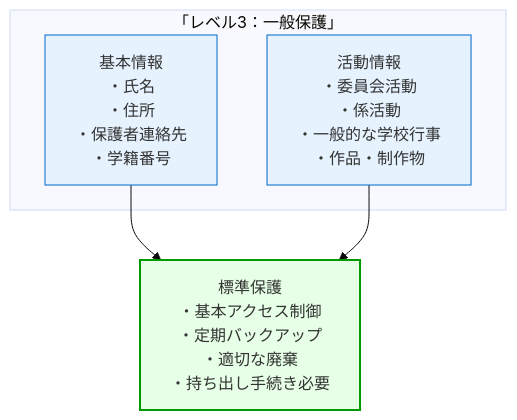
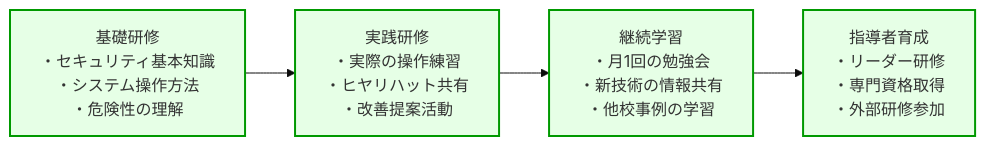
One commit to nahisaho/zenn-writing-collection changed the second of 3 diagrams in books/d87165478af519/chapter12.md. Above: the diagram before and after it, drawn with Mermaid (base theme). The commit also changed other lines of this file and 17 other files, not shown here.

````diff
--- a/books/d87165478af519/chapter12.md
+++ b/books/d87165478af519/chapter12.md
@@ -95,16 +584,11 @@
 ```mermaid
-graph TB
-    subgraph 一般保護情報[「レベル3：一般保護」]
-        L3A[基本情報<br/>・氏名<br/>・住所<br/>・保護者連絡先<br/>・学籍番号]
-        L3B[活動情報<br/>・委員会活動<br/>・係活動<br/>・一般的な学校行事<br/>・作品・制作物]
-    end
-
-    L3A --> P3[標準保護<br/>・基本アクセス制御<br/>・定期バックアップ<br/>・適切な廃棄<br/>・持ち出し手続き必要]
-    L3B --> P3
-
-    classDef level3 fill:#e6f3ff,stroke:#0066cc,stroke-width:1px
-    classDef protection fill:#e6ffe6,stroke:#009900,stroke-width:2px
-
-    class L3A,L3B level3
-    class P3 protection
+graph LR
+    A[基礎研修<br/>・セキュリティ基本知識<br/>・システム操作方法<br/>・危険性の理解] --> B[実践研修<br/>・実際の操作練習<br/>・ヒヤリハット共有<br/>・改善提案活動]
+    
+    B --> C[継続学習<br/>・月1回の勉強会<br/>・新技術の情報共有<br/>・他校事例の学習]
+    
+    C --> D[指導者育成<br/>・リーダー研修<br/>・専門資格取得<br/>・外部研修参加]
+    
+    classDef training fill:#e6ffe6,stroke:#009900,stroke-width:2px
+    class A,B,C,D training
 ```
````
